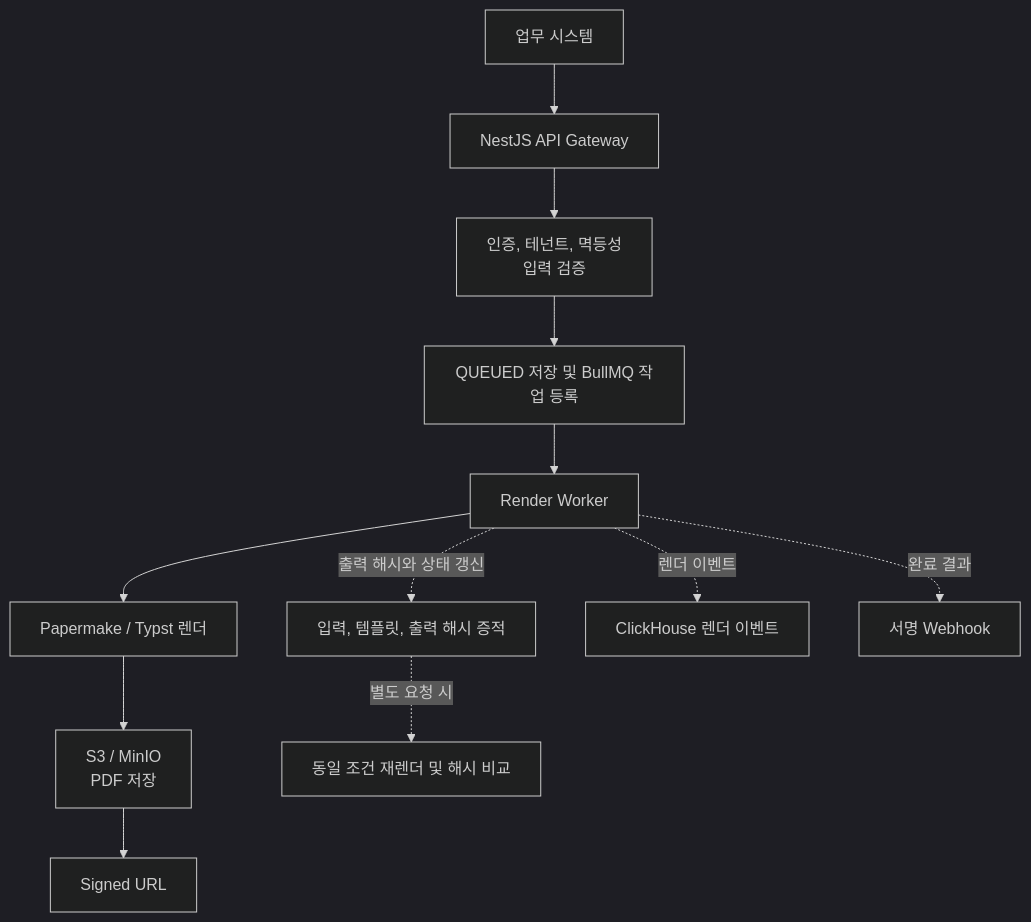
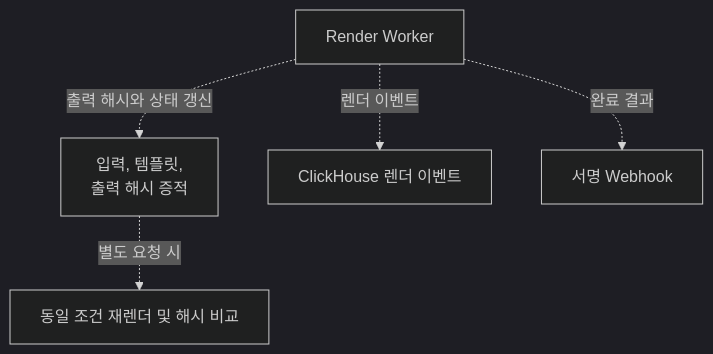
Before and after one commit to KimHG1995/work-history: the third of 3 diagrams in projects/papertrail/platform.md, drawn with Mermaid (dark theme). The commit also changed other lines of this file and 9 other files, not shown here.

Commit message:
docs: 공개 Mermaid 흐름을 단계별로 나눠 가독성 개선

````diff
--- a/projects/papertrail/platform.md
+++ b/projects/papertrail/platform.md
@@ -130,14 +162,13 @@
 ```mermaid
-flowchart TD
-    client["업무 시스템"] --> gateway["NestJS API Gateway"]
-    gateway --> auth["인증, 테넌트, 멱등성<br/>입력 검증"]
-    auth --> queue["QUEUED 저장 및 BullMQ 작업 등록"]
-    queue --> worker["Render Worker"]
-    worker --> renderer["Papermake / Typst 렌더"]
-    renderer --> storage["S3 / MinIO<br/>PDF 저장"]
-    worker -.->|출력 해시와 상태 갱신| evidence["입력, 템플릿, 출력 해시 증적"]
-    worker -.->|렌더 이벤트| analytics["ClickHouse 렌더 이벤트"]
-    worker -.->|완료 결과| webhook["서명 Webhook"]
-    storage --> signed["Signed URL"]
-    evidence -.->|별도 요청 시| verify["동일 조건 재렌더 및 해시 비교"]
+flowchart TB
+    worker["Render Worker"]
+    evidence["입력, 템플릿,<br/>출력 해시 증적"]
+    analytics["ClickHouse 렌더 이벤트"]
+    webhook["서명 Webhook"]
+    verify["동일 조건 재렌더 및 해시 비교"]
+
+    worker -.->|출력 해시와 상태 갱신| evidence
+    worker -.->|렌더 이벤트| analytics
+    worker -.->|완료 결과| webhook
+    evidence -.->|별도 요청 시| verify
 ```
````
